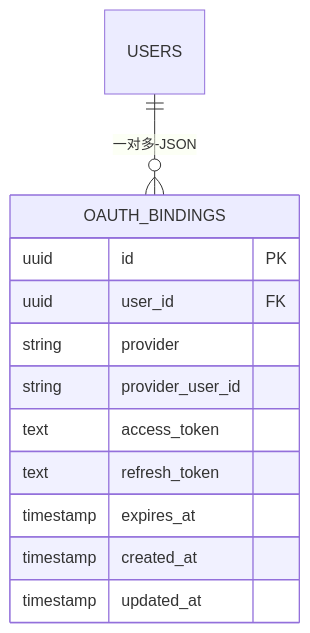
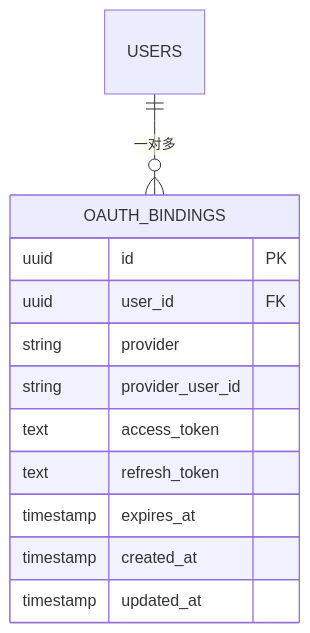
One commit to dayutech/Vuln-Audit-Lifecycle-Management changed diagram 11 of 12 in docs/design/er_diagram.md. Above: the diagram before and after it, drawn with Mermaid. The commit also changed other lines of this file and 11 other files, not shown here.

````diff
--- a/docs/design/er_diagram.md
+++ b/docs/design/er_diagram.md
@@ -673,16 +671,16 @@
 ```mermaid
 erDiagram
-    USERS ||--o{ OAUTH_BINDINGS : "一对多-JSON"
+    USERS ||--o{ OAUTH_BINDINGS : "一对多"
     
     OAUTH_BINDINGS {
         uuid id PK
         uuid user_id FK
         string provider
         string provider_user_id
         text access_token
         text refresh_token
         timestamp expires_at
         timestamp created_at
         timestamp updated_at
     }
 ```
````
